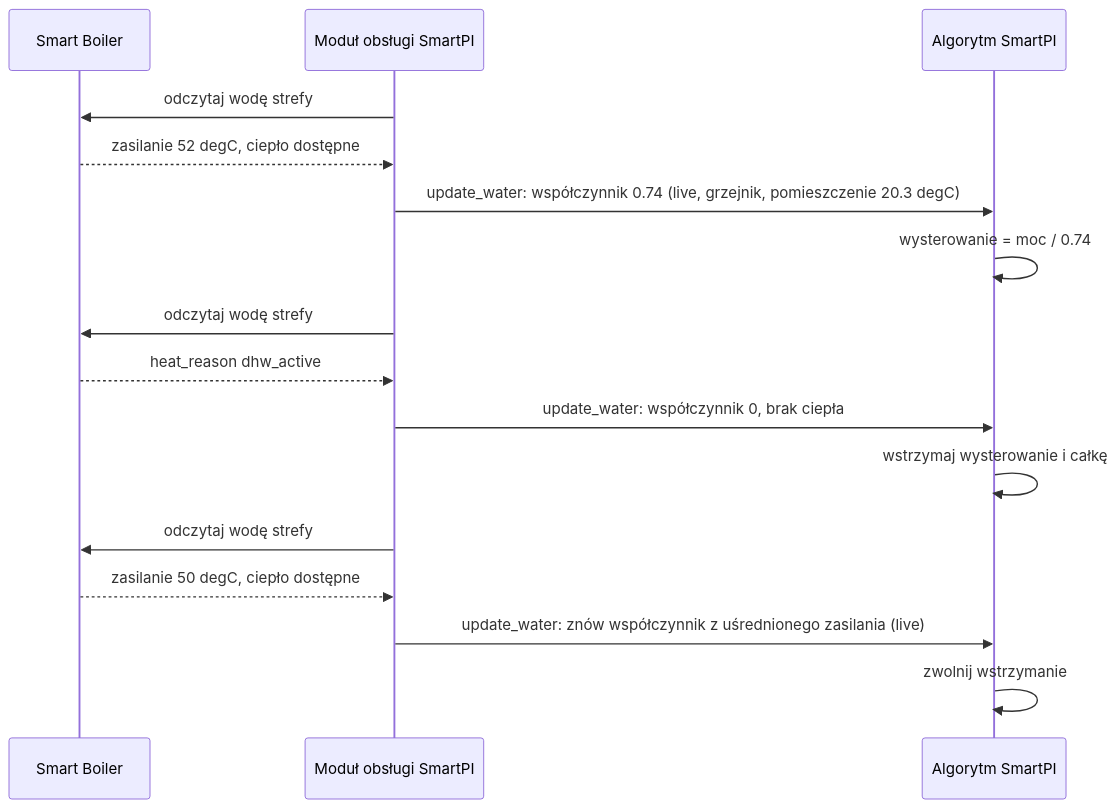
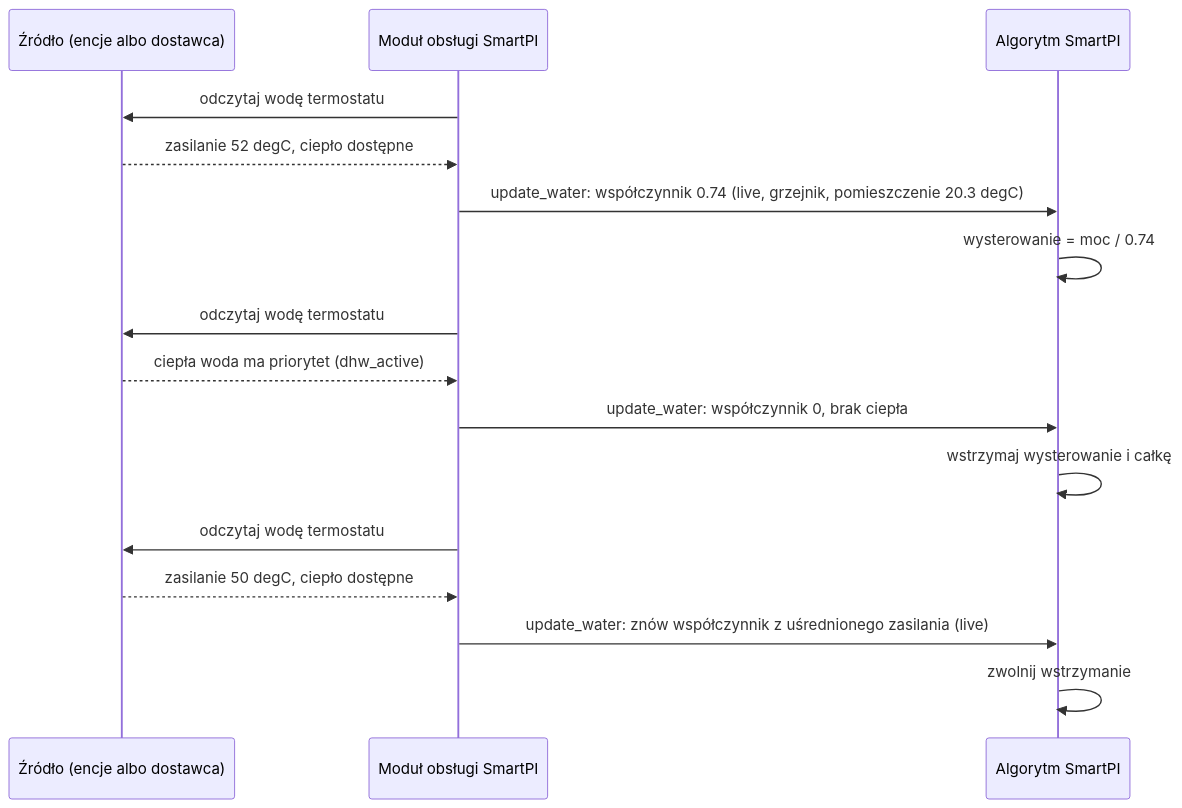
Before and after one commit to Shadow-230/vtherm_smartpi: the third of 6 diagrams in documentation/pl/water_input.md, drawn with Mermaid. The commit also changed other lines of this file and 85 other files, not shown here.

````diff
--- a/documentation/pl/water_input.md
+++ b/documentation/pl/water_input.md
@@ -246,18 +344,18 @@
 ```mermaid
 sequenceDiagram
-    participant SB as Smart Boiler
+    participant S as Źródło (encje albo dostawca)
     participant H as Moduł obsługi SmartPI
     participant A as Algorytm SmartPI
-    H->>SB: odczytaj wodę strefy
-    SB-->>H: zasilanie 52 degC, ciepło dostępne
+    H->>S: odczytaj wodę termostatu
+    S-->>H: zasilanie 52 degC, ciepło dostępne
     H->>A: update_water: współczynnik 0.74 (live, grzejnik, pomieszczenie 20.3 degC)
     A->>A: wysterowanie = moc / 0.74
-    H->>SB: odczytaj wodę strefy
-    SB-->>H: heat_reason dhw_active
+    H->>S: odczytaj wodę termostatu
+    S-->>H: ciepła woda ma priorytet (dhw_active)
     H->>A: update_water: współczynnik 0, brak ciepła
     A->>A: wstrzymaj wysterowanie i całkę
-    H->>SB: odczytaj wodę strefy
-    SB-->>H: zasilanie 50 degC, ciepło dostępne
+    H->>S: odczytaj wodę termostatu
+    S-->>H: zasilanie 50 degC, ciepło dostępne
     H->>A: update_water: znów współczynnik z uśrednionego zasilania (live)
     A->>A: zwolnij wstrzymanie
 ```
````
